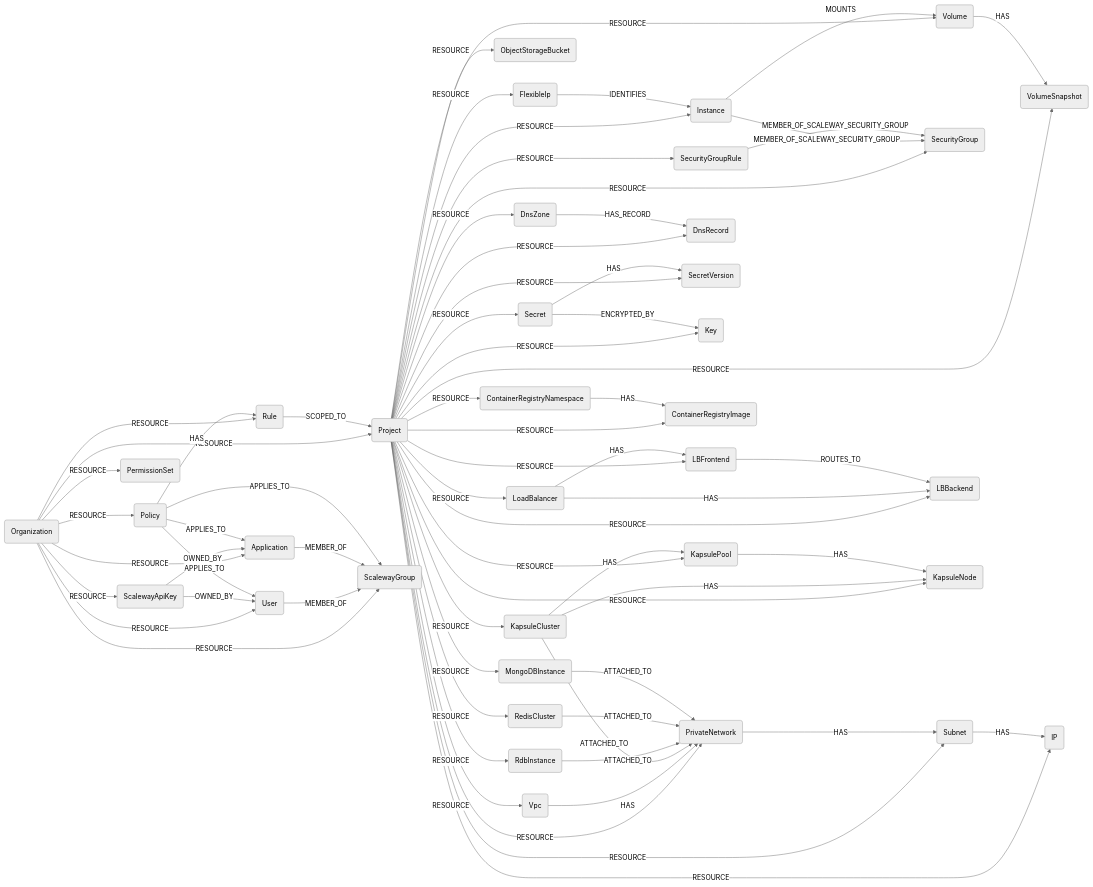
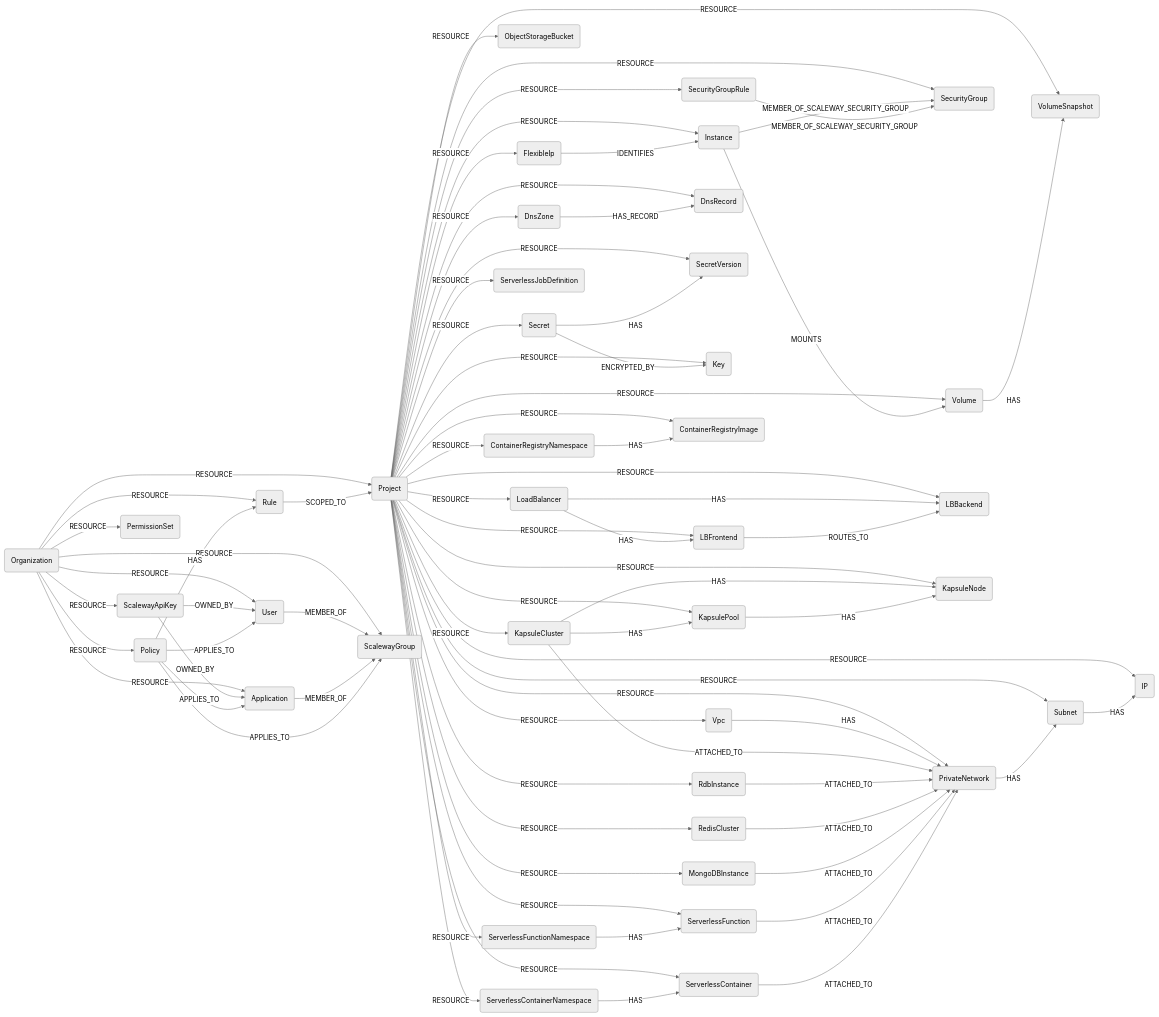
Before and after one commit to cartography-cncf/cartography: the diagram in docs/root/modules/scaleway/schema.md, drawn with Mermaid (neutral theme). The commit also changed other lines of this file and 13 other files, not shown here.

````diff
--- a/docs/root/modules/scaleway/schema.md
+++ b/docs/root/modules/scaleway/schema.md
@@ -3,69 +3,78 @@
 ```mermaid
 graph LR
 ORG(Organization) -- RESOURCE --> PRJ(Project)
 ORG -- RESOURCE --> APP(Application)
 ORG -- RESOURCE --> USR(User)
 ORG -- RESOURCE --> GRP(ScalewayGroup)
 ORG -- RESOURCE --> APIKEY(ScalewayApiKey)
 ORG -- RESOURCE --> POL(Policy)
 ORG -- RESOURCE --> RULE(Rule)
 ORG -- RESOURCE --> PS(PermissionSet)
 PRJ -- RESOURCE --> INS(Instance)
 PRJ -- RESOURCE --> FIP(FlexibleIp)
 PRJ -- RESOURCE --> VOL(Volume)
 PRJ -- RESOURCE --> SNAP(VolumeSnapshot)
 PRJ -- RESOURCE --> SG(SecurityGroup)
 PRJ -- RESOURCE --> SGR(SecurityGroupRule)
 PRJ -- RESOURCE --> BKT(ObjectStorageBucket)
 PRJ -- RESOURCE --> VPC(Vpc)
 PRJ -- RESOURCE --> PN(PrivateNetwork)
 PRJ -- RESOURCE --> SUB(Subnet)
 PRJ -- RESOURCE --> IP(IP)
 PRJ -- RESOURCE --> LB(LoadBalancer)
 PRJ -- RESOURCE --> FE(LBFrontend)
 PRJ -- RESOURCE --> BE(LBBackend)
 PRJ -- RESOURCE --> DZ(DnsZone)
 PRJ -- RESOURCE --> DR(DnsRecord)
 PRJ -- RESOURCE --> SEC(Secret)
 PRJ -- RESOURCE --> SV(SecretVersion)
 PRJ -- RESOURCE --> KEY(Key)
 PRJ -- RESOURCE --> KC(KapsuleCluster)
 PRJ -- RESOURCE --> KP(KapsulePool)
 PRJ -- RESOURCE --> KN(KapsuleNode)
 PRJ -- RESOURCE --> CRN(ContainerRegistryNamespace)
 PRJ -- RESOURCE --> CRI(ContainerRegistryImage)
 PRJ -- RESOURCE --> RDB(RdbInstance)
 PRJ -- RESOURCE --> RC(RedisCluster)
 PRJ -- RESOURCE --> MGO(MongoDBInstance)
+PRJ -- RESOURCE --> SFN(ServerlessFunctionNamespace)
+PRJ -- RESOURCE --> SF(ServerlessFunction)
+PRJ -- RESOURCE --> SCN(ServerlessContainerNamespace)
+PRJ -- RESOURCE --> SC(ServerlessContainer)
+PRJ -- RESOURCE --> SJ(ServerlessJobDefinition)
 INS -- MOUNTS --> VOL
 INS -- MEMBER_OF_SCALEWAY_SECURITY_GROUP --> SG
 SGR -- MEMBER_OF_SCALEWAY_SECURITY_GROUP --> SG
 FIP -- IDENTIFIES --> INS
 VOL -- HAS --> SNAP
 VPC -- HAS --> PN
 PN -- HAS --> SUB
 SUB -- HAS --> IP
 LB -- HAS --> FE
 LB -- HAS --> BE
 FE -- ROUTES_TO --> BE
 DZ -- HAS_RECORD --> DR
 SEC -- HAS --> SV
 SEC -- ENCRYPTED_BY --> KEY
 KC -- HAS --> KP
 KC -- HAS --> KN
 KP -- HAS --> KN
 KC -- ATTACHED_TO --> PN
 CRN -- HAS --> CRI
 RDB -- ATTACHED_TO --> PN
 RC -- ATTACHED_TO --> PN
 MGO -- ATTACHED_TO --> PN
+SFN -- HAS --> SF
+SCN -- HAS --> SC
+SF -- ATTACHED_TO --> PN
+SC -- ATTACHED_TO --> PN
 USR -- MEMBER_OF --> GRP(ScalewayGroup)
 APIKEY(ScalewayApiKey) -- OWNED_BY --> USR
 APP -- MEMBER_OF --> GRP(ScalewayGroup)
 APIKEY -- OWNED_BY --> APP
 POL -- APPLIES_TO --> USR
 POL -- APPLIES_TO --> GRP
 POL -- APPLIES_TO --> APP
 POL -- HAS --> RULE(Rule)
 RULE -- SCOPED_TO --> PRJ
 ```
````
